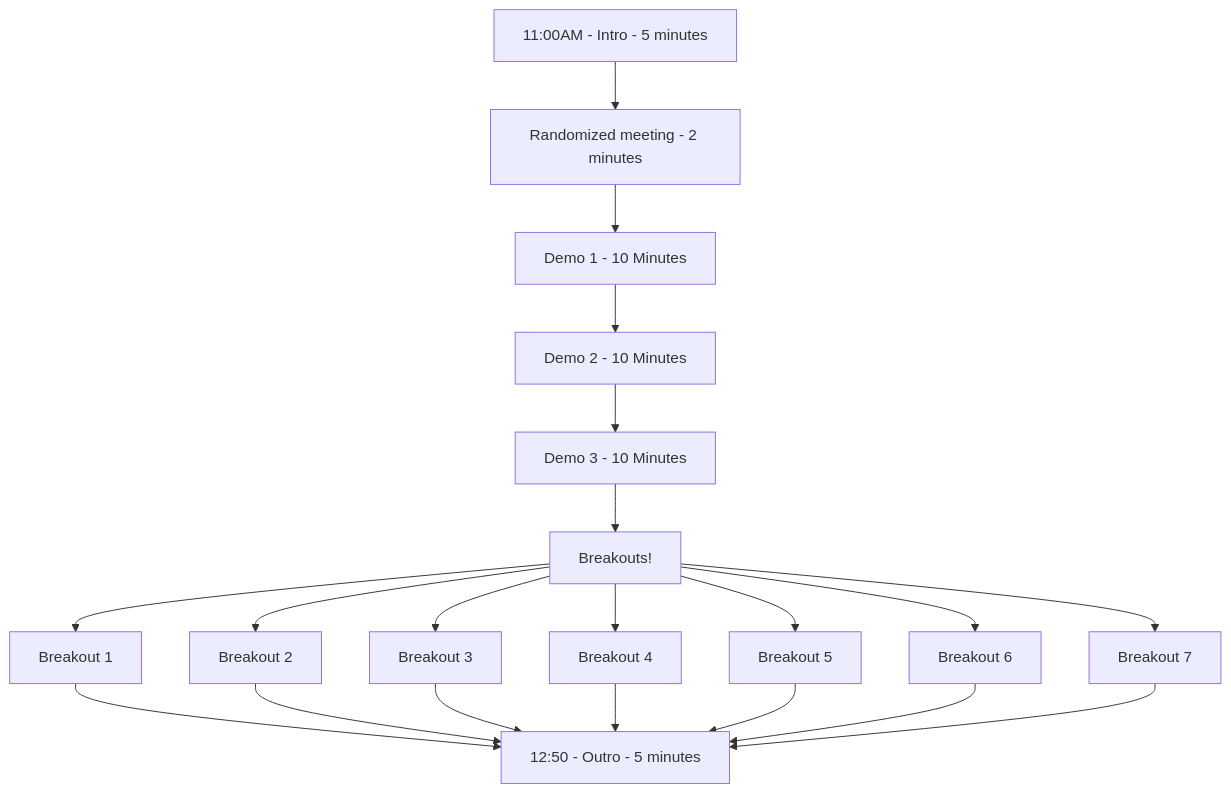
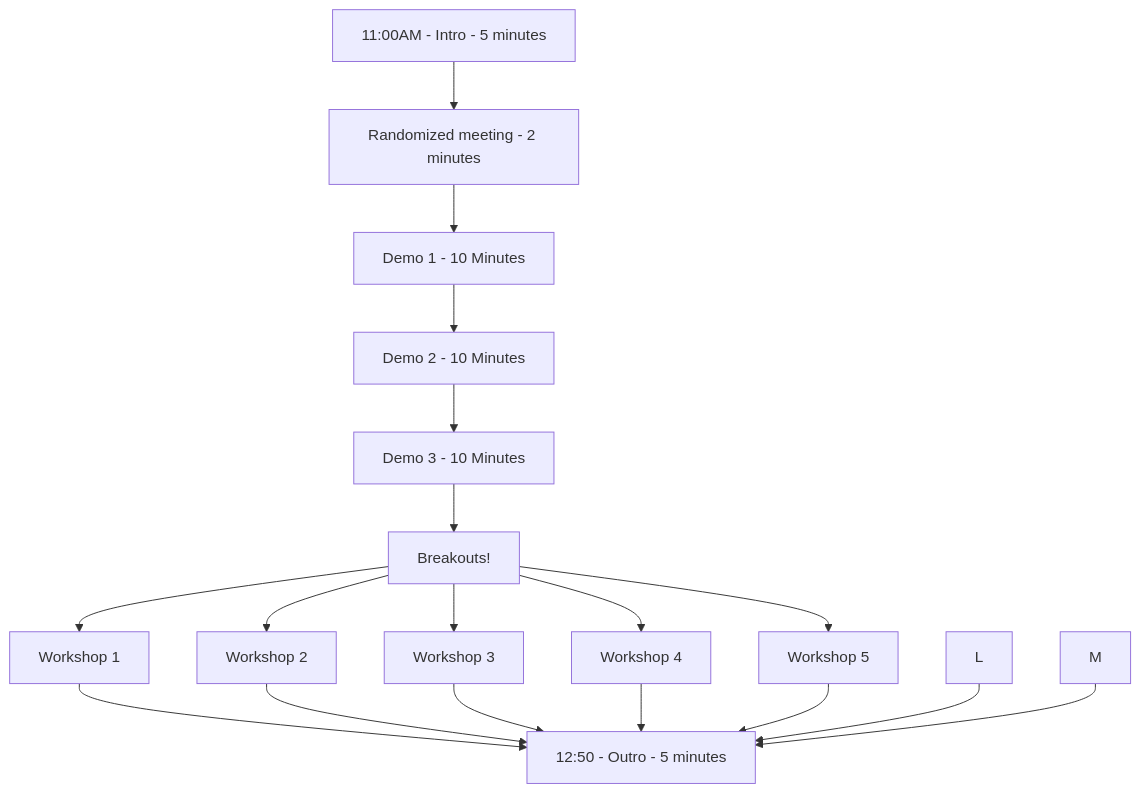
The diagram in Structure.md (Brale-xyz/dayzero), drawn with Mermaid before and after one commit.

````diff
--- a/Structure.md
+++ b/Structure.md
@@ -1,18 +1,16 @@
 ```mermaid
 graph TD
     A[11:00AM - Intro - 5 minutes] --> B[Randomized meeting - 2 minutes]
     B --> C[Demo 1 - 10 Minutes]
     C --> D[Demo 2 - 10 Minutes]
     D --> E[Demo 3 - 10 Minutes]
     E --> F[Breakouts!]
     
-    F --> G[Breakout 1]
-    F --> H[Breakout 2]
-    F --> I[Breakout 3]
-    F --> J[Breakout 4]
-    F --> K[Breakout 5]
-    F --> L[Breakout 6]
-    F --> M[Breakout 7]
+    F --> G[Workshop 1]
+    F --> H[Workshop 2]
+    F --> I[Workshop 3]
+    F --> J[Workshop 4]
+    F --> K[Workshop 5]
     
     G & H & I & J & K & L & M --> N[12:50 - Outro - 5 minutes]
 ```
````
